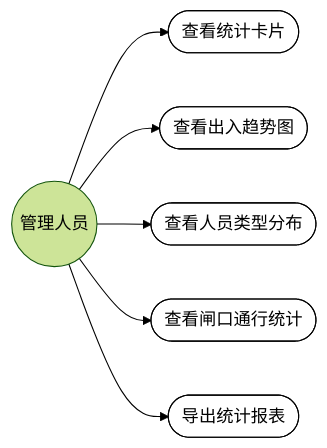
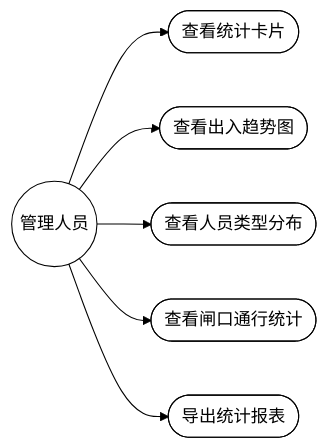
The sixth of 24 diagrams in docs/功能需求分析与用例图.md (carl-Tu/campus-management), drawn with Mermaid (forest theme) before and after one commit. The commit also changed other lines of this file, not shown here.

Commit message:
fix：图形统一白色背景黑色边框，样式覆盖全部节点

````diff
--- a/docs/功能需求分析与用例图.md
+++ b/docs/功能需求分析与用例图.md
@@ -153,18 +153,18 @@
 ```mermaid
 flowchart LR
   Manager(("管理人员"))
   UC1(["查看统计卡片"])
   UC2(["查看出入趋势图"])
   UC3(["查看人员类型分布"])
   UC4(["查看闸口通行统计"])
   UC5(["导出统计报表"])
 
   Manager --> UC1
   Manager --> UC2
   Manager --> UC3
   Manager --> UC4
   Manager --> UC5
 
   classDef uc fill:#ffffff,stroke:#000000,stroke-width:1px,color:#000000
-  class UC1,UC2,UC3,UC4,UC5 uc
+  class Manager,UC1,UC2,UC3,UC4,UC5 uc
 ```
````
